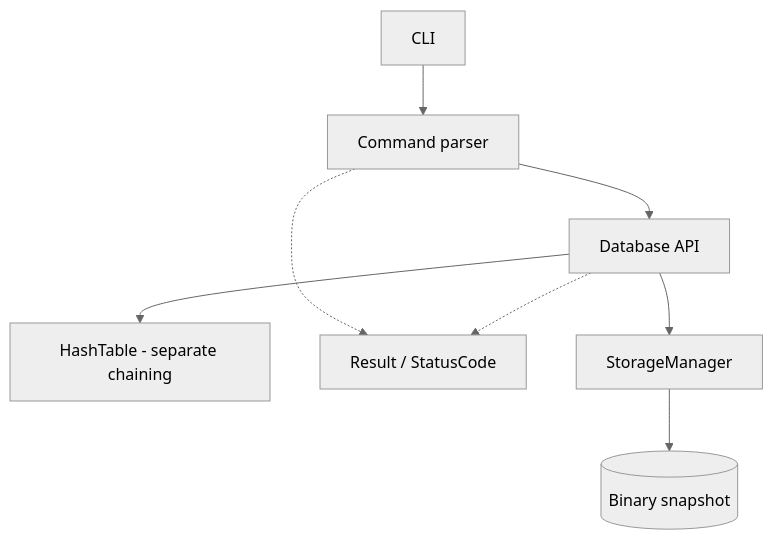
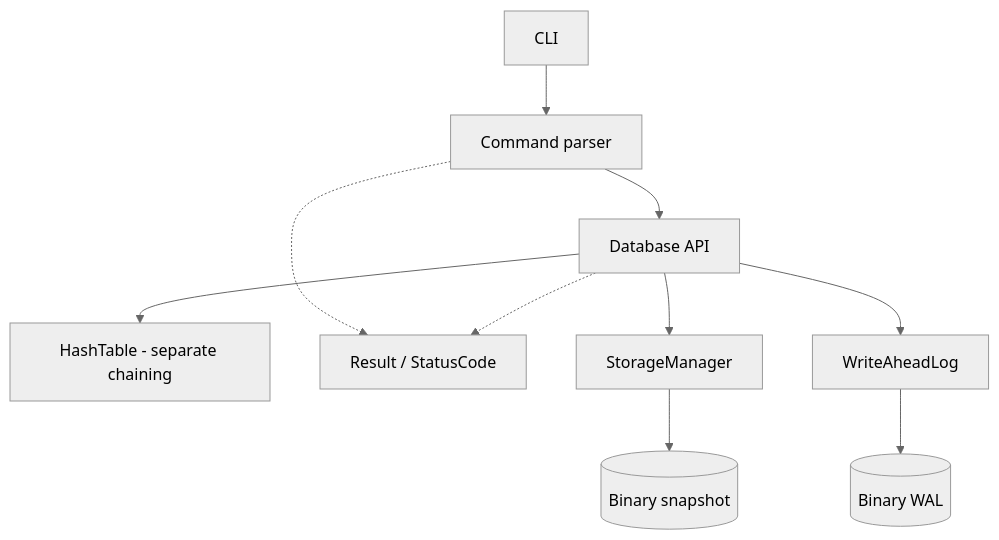
Before and after one commit to Aarya801/MiniDB: the diagram in README.md, drawn with Mermaid (neutral theme). The commit also changed other lines of this file and 16 other files, not shown here.

Commit message:
feat: implement write-ahead logging and recovery

````diff
--- a/README.md
+++ b/README.md
@@ -182,14 +181,16 @@
 ```mermaid
 flowchart TD
     CLI[CLI] --> Parser[Command parser]
     Parser --> Database[Database API]
     Database --> HashTable[HashTable - separate chaining]
 
     Parser -.-> Result[Result / StatusCode]
     Database -.-> Result
 
     Database --> Storage[StorageManager]
     Storage --> Snapshot[(Binary snapshot)]
+    Database --> WAL[WriteAheadLog]
+    WAL --> Log[(Binary WAL)]
 
     classDef planned stroke-dasharray: 4 4
 ```
````
